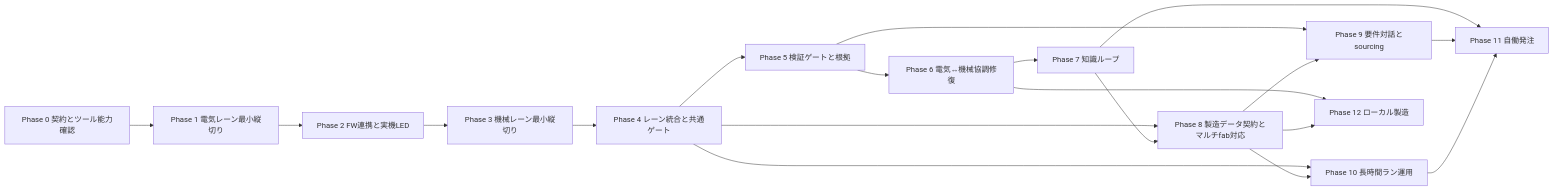
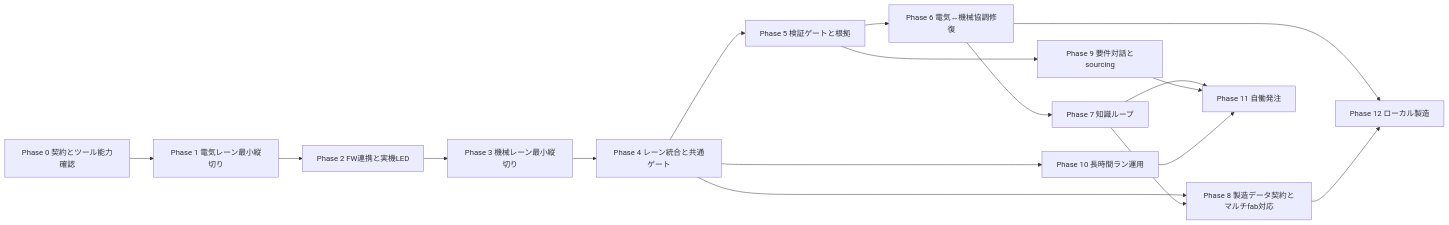
The diagram in docs/roadmap.md (uist1idrju3i/acd-agent), drawn with Mermaid before and after one commit. The commit also changed other lines of this file, not shown here.

````diff
--- a/docs/roadmap.md
+++ b/docs/roadmap.md
@@ -109,21 +109,19 @@
 ```mermaid
 flowchart LR
     P0["Phase 0 契約とツール能力確認"] --> P1["Phase 1 電気レーン最小縦切り"]
     P1 --> P2["Phase 2 FW連携と実機LED"]
     P2 --> P3["Phase 3 機械レーン最小縦切り"]
     P3 --> P4["Phase 4 レーン統合と共通ゲート"]
     P4 --> P5["Phase 5 検証ゲートと根拠"]
     P5 --> P6["Phase 6 電気↔機械協調修復"]
     P6 --> P7["Phase 7 知識ループ"]
     P4 --> P8["Phase 8 製造データ契約とマルチfab対応"]
     P7 --> P8
     P5 --> P9["Phase 9 要件対話とsourcing"]
-    P8 --> P9
     P4 --> P10["Phase 10 長時間ラン運用"]
-    P8 --> P10
     P7 --> P11["Phase 11 自働発注"]
     P9 --> P11
     P10 --> P11
     P6 --> P12["Phase 12 ローカル製造"]
     P8 --> P12
 ```
````
